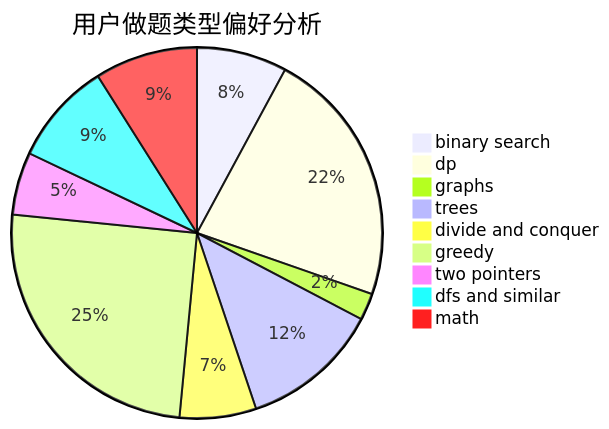
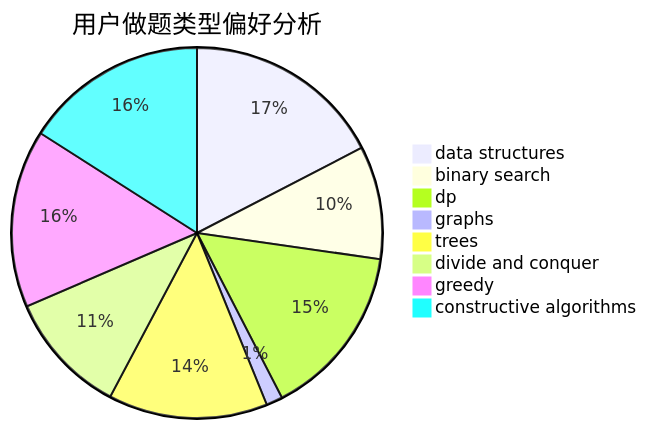
The second of 3 diagrams in docs/user/u2138.md (sherpahu/cfrs.github.io), drawn with Mermaid before and after one commit. The commit also changed other lines of this file and 2775 other files, not shown here.

````diff
--- a/docs/user/u2138.md
+++ b/docs/user/u2138.md
@@ -23,12 +23,11 @@
 ```mermaid
 pie title 用户做题类型偏好分析
-    "binary search" :  151
-    "dp" :  431
-    "graphs" :  45
-    "trees" :  233
-    "divide and conquer" :  128
-    "greedy" :  481
-    "two pointers" :  105
-    "dfs and similar" :  172
-    "math" :  172
+    "data structures" :  194
+    "binary search" :  110
+    "dp" :  169
+    "graphs" :  16
+    "trees" :  155
+    "divide and conquer" :  120
+    "greedy" :  173
+    "constructive algorithms" :  178
 ```
````
